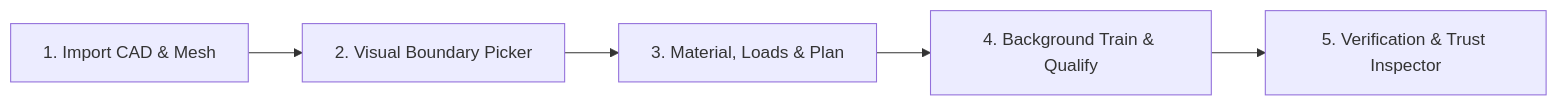
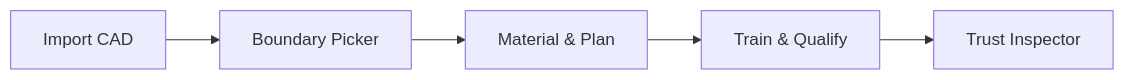
One commit to BBahtiri/formamech changed the diagram in docs/workbench.md. Above: the diagram before and after it, drawn with Mermaid. The commit also changed other lines of this file and 23 other files, not shown here.

````diff
--- a/docs/workbench.md
+++ b/docs/workbench.md
@@ -37,7 +43,7 @@
 ```mermaid
 flowchart LR
-    S1["1. Import CAD & Mesh"] --> S2["2. Visual Boundary Picker"]
-    S2 --> S3["3. Material, Loads & Plan"]
-    S3 --> S4["4. Background Train & Qualify"]
-    S4 --> S5["5. Verification & Trust Inspector"]
+    S1["Import CAD"] --> S2["Boundary Picker"]
+    S2 --> S3["Material & Plan"]
+    S3 --> S4["Train & Qualify"]
+    S4 --> S5["Trust Inspector"]
 ```
````
